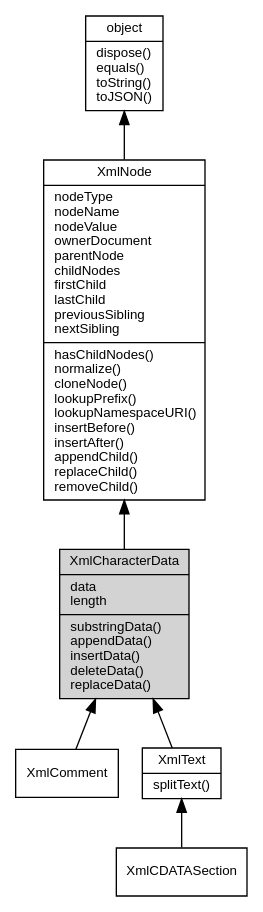
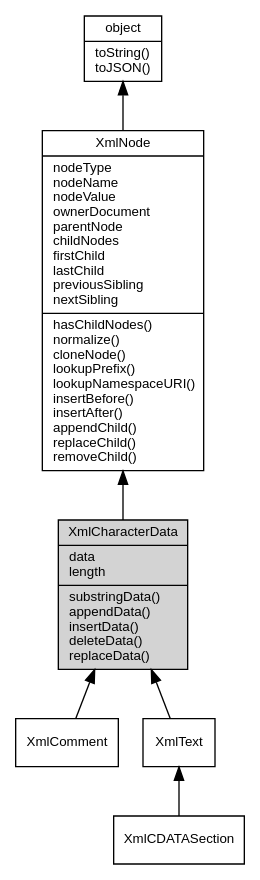
Before and after one commit to asionius/fibjs-ceph: the diagram in docs/object/ifs/XmlCharacterData.md, drawn with Graphviz. The commit also changed other lines of this file and 138 other files, not shown here.

````diff
--- a/docs/object/ifs/XmlCharacterData.md
+++ b/docs/object/ifs/XmlCharacterData.md
@@ -7,18 +7,18 @@
 ```dot
 digraph {
     node [fontname="Helvetica,sans-Serif", fontsize=10, shape="record", style="filled", fillcolor="white"];
 
-    object [tooltip="object", URL="object.md", label="{object|dispose()\lequals()\ltoString()\ltoJSON()\l}"];
+    object [tooltip="object", URL="object.md", label="{object|toString()\ltoJSON()\l}"];
     XmlNode [tooltip="XmlNode", URL="XmlNode.md", label="{XmlNode|nodeType\lnodeName\lnodeValue\lownerDocument\lparentNode\lchildNodes\lfirstChild\llastChild\lpreviousSibling\lnextSibling\l|hasChildNodes()\lnormalize()\lcloneNode()\llookupPrefix()\llookupNamespaceURI()\linsertBefore()\linsertAfter()\lappendChild()\lreplaceChild()\lremoveChild()\l}"];
-    XmlCharacterData [tooltip="XmlCharacterData", fillcolor="lightgray", label="{XmlCharacterData|data\llength\l|substringData()\lappendData()\linsertData()\ldeleteData()\lreplaceData()\l}"];
+    XmlCharacterData [tooltip="XmlCharacterData", fillcolor="lightgray", id="me", label="{XmlCharacterData|data\llength\l|substringData()\lappendData()\linsertData()\ldeleteData()\lreplaceData()\l}"];
     XmlComment [tooltip="XmlComment", URL="XmlComment.md", label="{XmlComment}"];
-    XmlText [tooltip="XmlText", URL="XmlText.md", label="{XmlText|splitText()\l}"];
+    XmlText [tooltip="XmlText", URL="XmlText.md", label="{XmlText}"];
     XmlCDATASection [tooltip="XmlCDATASection", URL="XmlCDATASection.md", label="{XmlCDATASection}"];
 
     object -> XmlNode [dir=back];
     XmlNode -> XmlCharacterData [dir=back];
     XmlCharacterData -> XmlComment [dir=back];
     XmlCharacterData -> XmlText [dir=back];
     XmlText -> XmlCDATASection [dir=back];
 }
 ```
````
